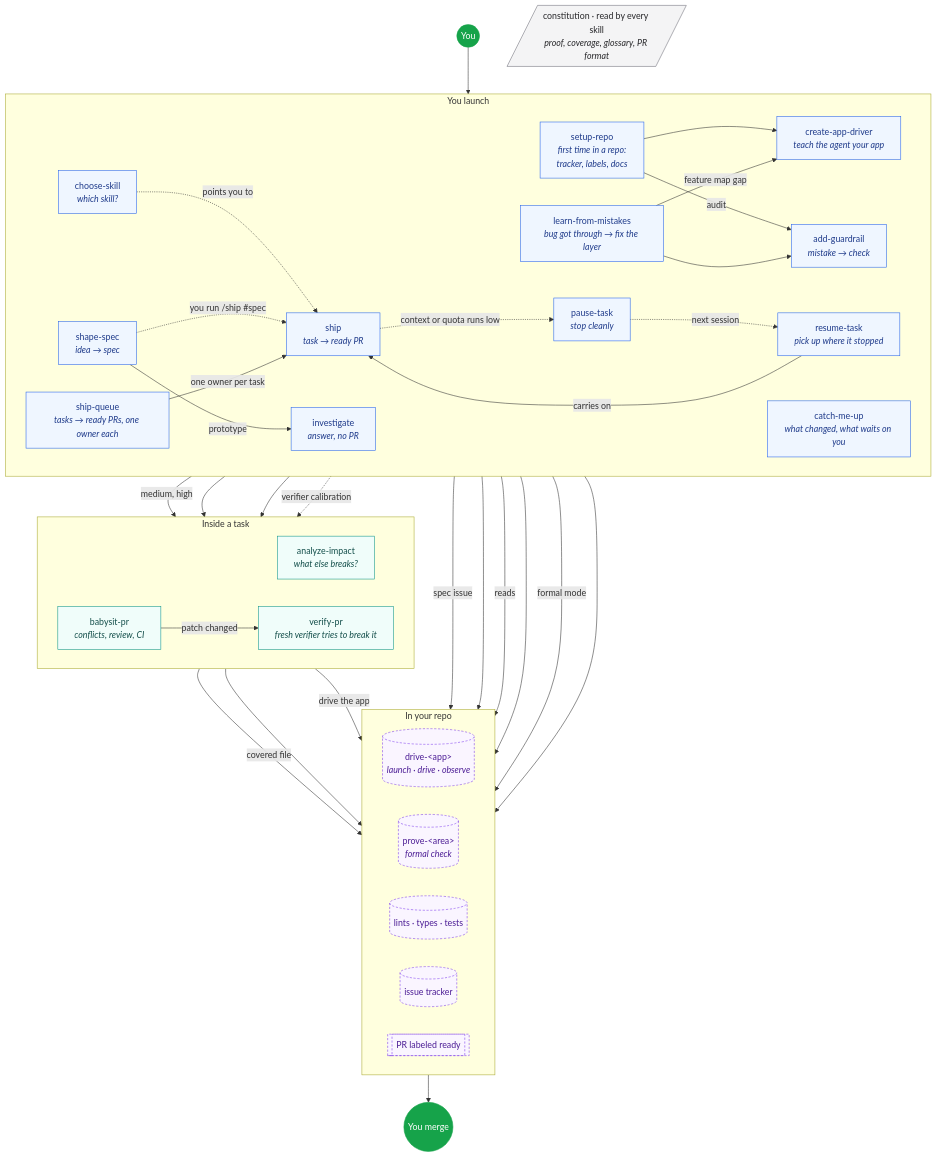
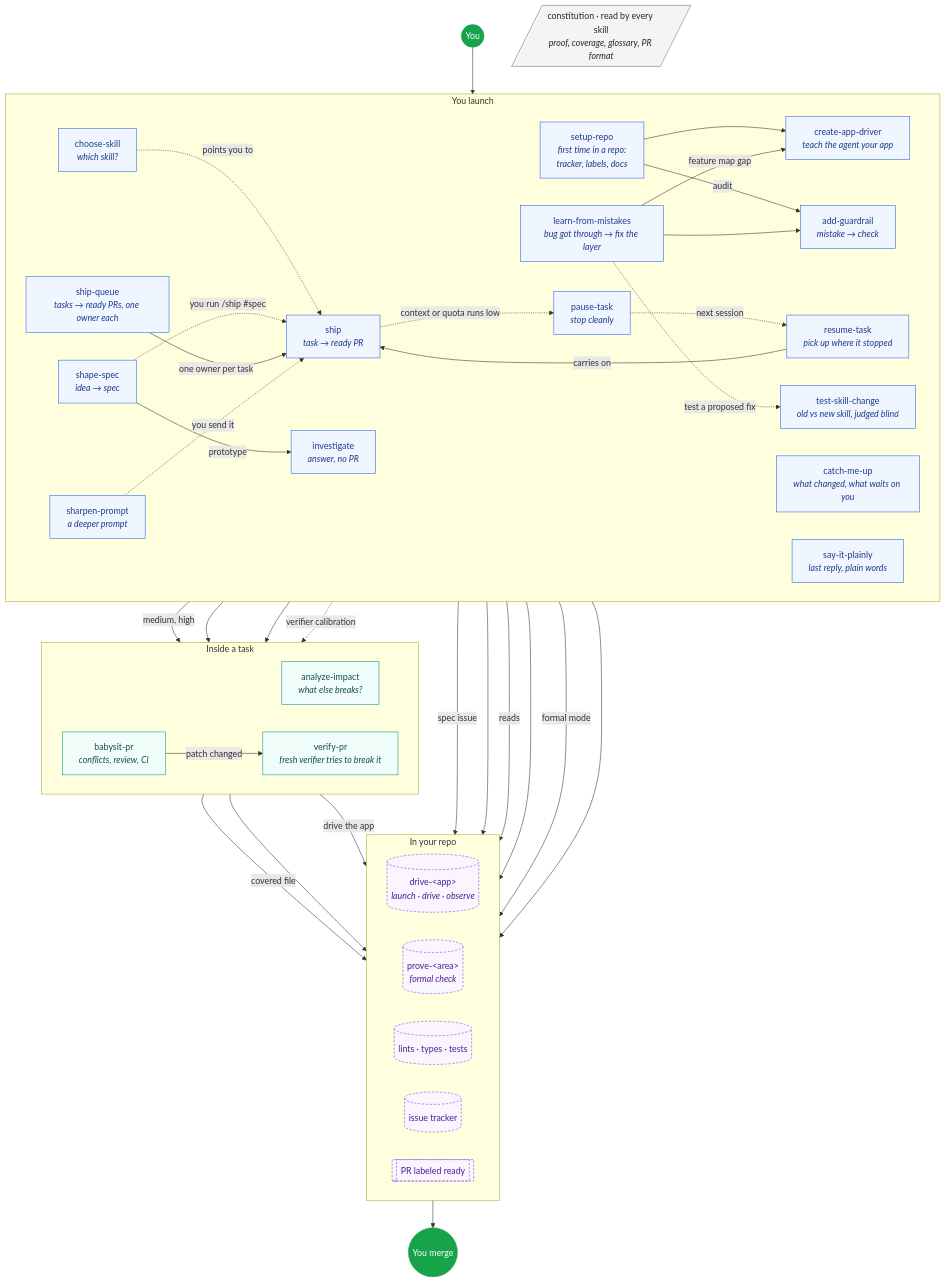
The first of 2 diagrams in skills/README.md (Ilian-Allaf/skillstack), drawn with Mermaid before and after one commit. The commit also changed 11 other files, not shown here.

First line of the commit message:
Add test-skill-change, sharpen-prompt, and say-it-plainly

```diff
--- a/skills/README.md
+++ b/skills/README.md
@@ -22,6 +22,9 @@
     guard["add-guardrail<br/><i>mistake → check</i>"]
     cva["create-app-driver<br/><i>teach the agent your app</i>"]
     learn["learn-from-mistakes<br/><i>bug got through → fix the layer</i>"]
+    testskill["test-skill-change<br/><i>old vs new skill, judged blind</i>"]
+    sharpen["sharpen-prompt<br/><i>a deeper prompt</i>"]
+    plain["say-it-plainly<br/><i>last reply, plain words</i>"]
   end
 
   subgraph task ["Inside a task"]
@@ -64,6 +67,8 @@
   resume -->|carries on| ship
   queue -->|one owner per task| ship
   catchup -->|reads| pr
+  learn -.->|test a proposed fix| testskill
+  sharpen -.->|you send it| ship
   pr --> merge
   cva --> drive
   cva -->|formal mode| prove
@@ -78,7 +83,7 @@
   classDef repoNode fill:#faf5ff,stroke:#7c3aed,color:#4c1d95,stroke-dasharray:4 3
   classDef shared fill:#f4f4f5,stroke:#71717a,color:#27272a
   class you,merge person
-  class choose,setup,shape,investigate,ship,queue,pause,resume,catchup,guard,cva,learn entry
+  class choose,setup,shape,investigate,ship,queue,pause,resume,catchup,guard,cva,learn,testskill,sharpen,plain entry
   class impact,verify,babysit inner
   class drive,prove,checks,tracker,pr repoNode
   class constitution shared
```
